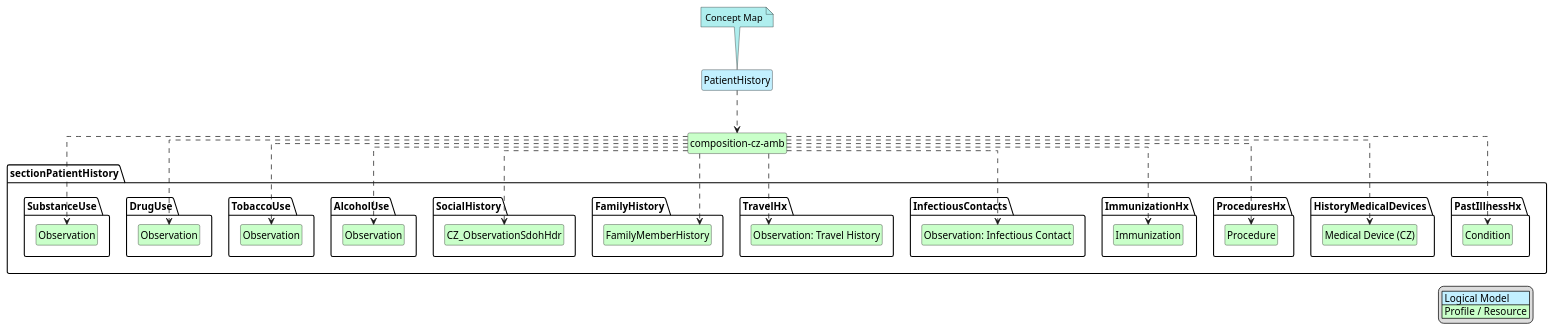
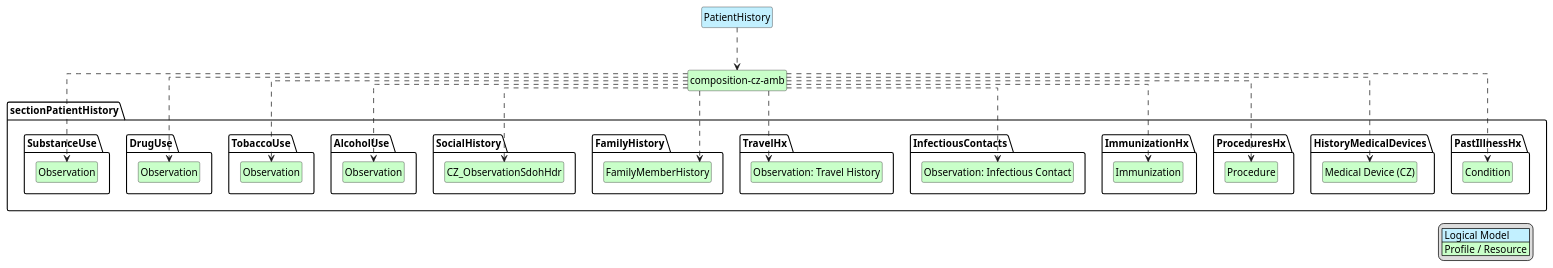
One commit to HL7-cz/amb changed the diagram in input/images-source/PatientHistory-map.plantuml. Above: the diagram before and after it, drawn with PlantUML. The commit also changed 2 other files, not shown here.

Commit message:
doplnění tabulky mapování Patient Hx

```diff
--- a/input/images-source/PatientHistory-map.plantuml
+++ b/input/images-source/PatientHistory-map.plantuml
@@ -1,60 +1,56 @@
 @startuml PatientHistory-map
 hide circle
 hide stereotype
 hide members
 hide methods
 
 skinparam linetype ortho
 skinparam class {
   BackgroundColor<<LogicalModel>> #APPLICATION
   BackgroundColor<<Profile>> #TECHNOLOGY
 }
 
 legend right
 | <#APPLICATION> Logical Model |
 | <#TECHNOLOGY> Profile / Resource |
 endlegend
 
 ' -----------------------------
 ' Source logical model
 ' -----------------------------
 class "PatientHistory" <<LogicalModel>> [[StructureDefinition-PatientHistoryCz.html]]
-
-note top #PaleTurquoise [[ConceptMap-patientHistory2FHIR-cz-amb.html]]
-Concept Map
-endnote
 
 ' -----------------------------
 ' Target Composition (container)
 ' -----------------------------
 class "composition-cz-amb" <<Profile>> [[StructureDefinition-cz-composition-amb.html]]
 
 class "sectionPatientHistory.PastIllnessHx.Condition" <<Profile>>
 class "sectionPatientHistory.HistoryMedicalDevices.Medical Device (CZ)" <<Profile>>
 class "sectionPatientHistory.ProceduresHx.Procedure" <<Profile>>
 class "sectionPatientHistory.ImmunizationHx.Immunization" <<Profile>>
 class "sectionPatientHistory.InfectiousContacts.Observation: Infectious Contact" <<Profile>>
 class "sectionPatientHistory.TravelHx.Observation: Travel History" <<Profile>>
 class "sectionPatientHistory.FamilyHistory.FamilyMemberHistory" <<Profile>>
 class "sectionPatientHistory.SocialHistory.CZ_ObservationSdohHdr" <<Profile>>
 class "sectionPatientHistory.AlcoholUse.Observation" <<Profile>>
 class "sectionPatientHistory.TobaccoUse.Observation" <<Profile>>
 class "sectionPatientHistory.DrugUse.Observation" <<Profile>>
 class "sectionPatientHistory.SubstanceUse.Observation" <<Profile>>
 
 ' --- Realization links ---
 "PatientHistory" ..> "composition-cz-amb"
 "composition-cz-amb" ..> "Condition"
 "composition-cz-amb" ..> "Medical Device (CZ)"
 "composition-cz-amb" ..> "Procedure"
 "composition-cz-amb" ..> "Immunization"
 "composition-cz-amb" ..> "Observation: Infectious Contact"
 "composition-cz-amb" ..> "Observation: Travel History"
 "composition-cz-amb" ..> "FamilyMemberHistory"
 "composition-cz-amb" ..> "CZ_ObservationSdohHdr"
 
 "composition-cz-amb" ..> "sectionPatientHistory.AlcoholUse.Observation"
 "composition-cz-amb" ..> "sectionPatientHistory.TobaccoUse.Observation"
 "composition-cz-amb" ..> "sectionPatientHistory.DrugUse.Observation"
 "composition-cz-amb" ..> "sectionPatientHistory.SubstanceUse.Observation"
 @enduml
```
